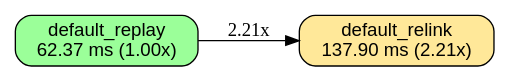
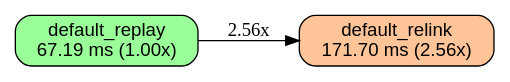
One commit to orgrinrt/hilavitkutin changed the diagram in docs/BENCHES.link-static.release_n25.linux-x86_64-c4-container-intel.dot. Above: the diagram before and after it, drawn with Graphviz. The commit also changed 5 other files, not shown here.

```diff
--- a/docs/BENCHES.link-static.release_n25.linux-x86_64-c4-container-intel.dot
+++ b/docs/BENCHES.link-static.release_n25.linux-x86_64-c4-container-intel.dot
@@ -1,14 +1,14 @@
 // AUTO-GENERATED: DO NOT EDIT DIRECTLY
 //
 // Generated by: mockspace (mock)
-// Generated at: 2026-11-16T08:49:46Z
+// Generated at: 2026-11-19T14:01:35Z
 // Source: mock/
 // To regenerate: cargo mock
 
 digraph "link-static/release_n25 on linux-x86_64-c4-container-intel" {
   rankdir=LR;
   node [shape=box, style="rounded,filled", fontname="Helvetica"];
-  v0 [label="default_replay\n62.37 ms (1.00x)", fillcolor="0.330 0.4 1.0"];
-  v1 [label="default_relink\n137.90 ms (2.21x)", fillcolor="0.130 0.4 1.0"];
-  v0 -> v1 [label="2.21x"];
+  v0 [label="default_replay\n67.19 ms (1.00x)", fillcolor="0.330 0.4 1.0"];
+  v1 [label="default_relink\n171.70 ms (2.56x)", fillcolor="0.073 0.4 1.0"];
+  v0 -> v1 [label="2.56x"];
 }
```
